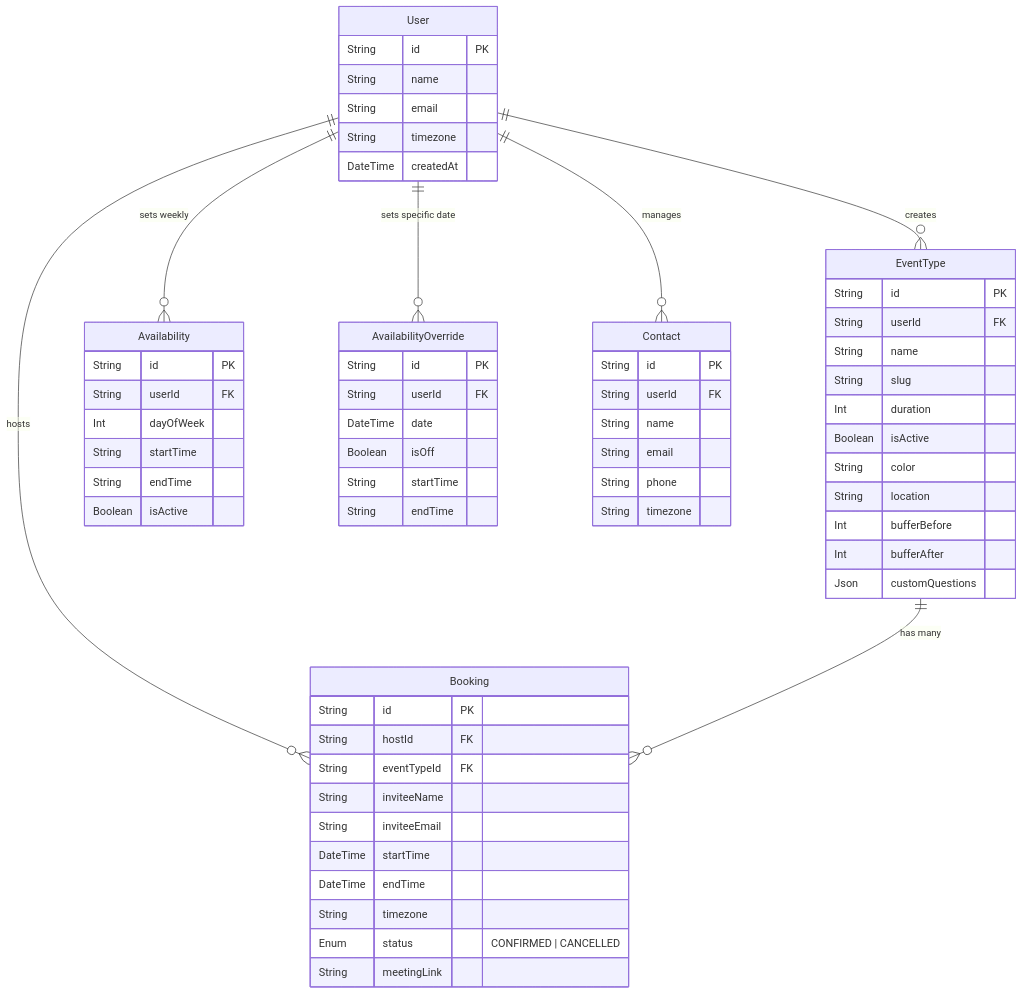
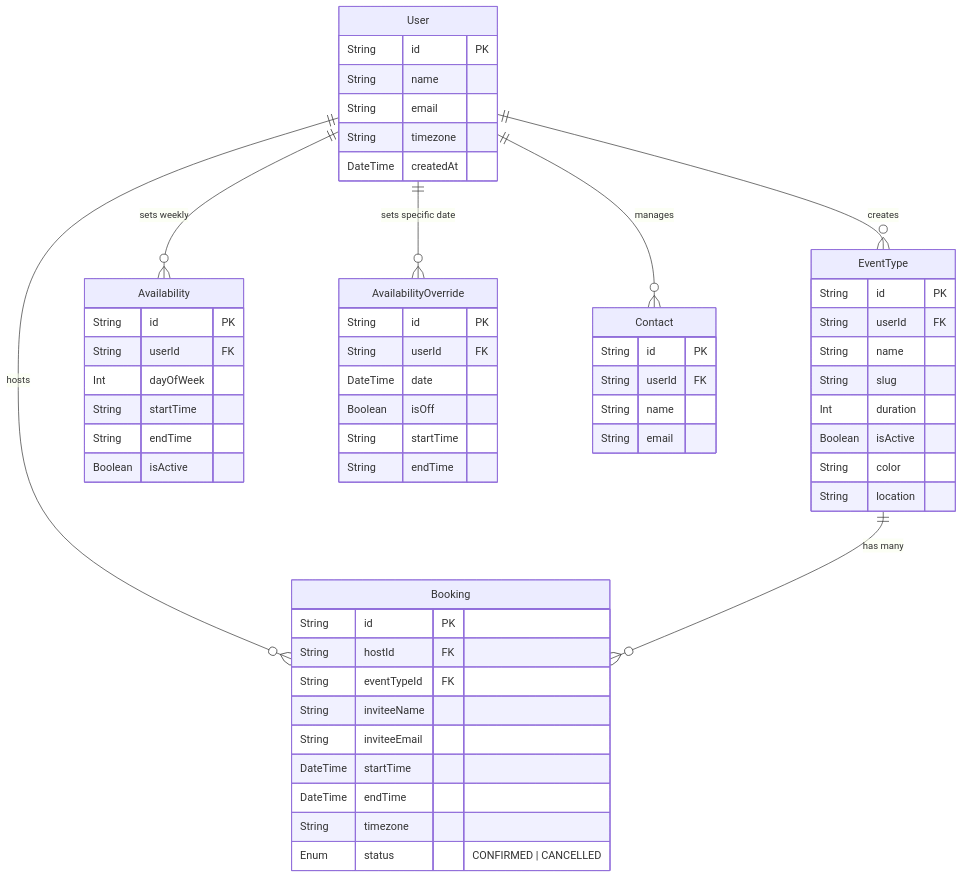
Before and after one commit to vishraj007/calendly: the second of 2 diagrams in README.md, drawn with Mermaid. The commit also changed other lines of this file and 1 other file, not shown here.

````diff
--- a/README.md
+++ b/README.md
@@ -34,71 +84,65 @@
 ```mermaid
 erDiagram
     User ||--o{ EventType : "creates"
     User ||--o{ Availability : "sets weekly"
     User ||--o{ AvailabilityOverride : "sets specific date"
     User ||--o{ Booking : "hosts"
     User ||--o{ Contact : "manages"
     EventType ||--o{ Booking : "has many"
 
     User {
         String id PK
         String name
         String email
         String timezone
         DateTime createdAt
     }
 
     EventType {
         String id PK
         String userId FK
         String name
         String slug
         Int duration
         Boolean isActive
         String color
         String location
-        Int bufferBefore
-        Int bufferAfter
-        Json customQuestions
     }
 
     Availability {
         String id PK
         String userId FK
         Int dayOfWeek
         String startTime
         String endTime
         Boolean isActive
     }
 
     AvailabilityOverride {
         String id PK
         String userId FK
         DateTime date
         Boolean isOff
         String startTime
         String endTime
     }
 
     Booking {
         String id PK
         String hostId FK
         String eventTypeId FK
         String inviteeName
         String inviteeEmail
         DateTime startTime
         DateTime endTime
         String timezone
         Enum status "CONFIRMED | CANCELLED"
-        String meetingLink
     }
 
     Contact {
         String id PK
         String userId FK
         String name
         String email
-        String phone
-        String timezone
     }
 ```
````
